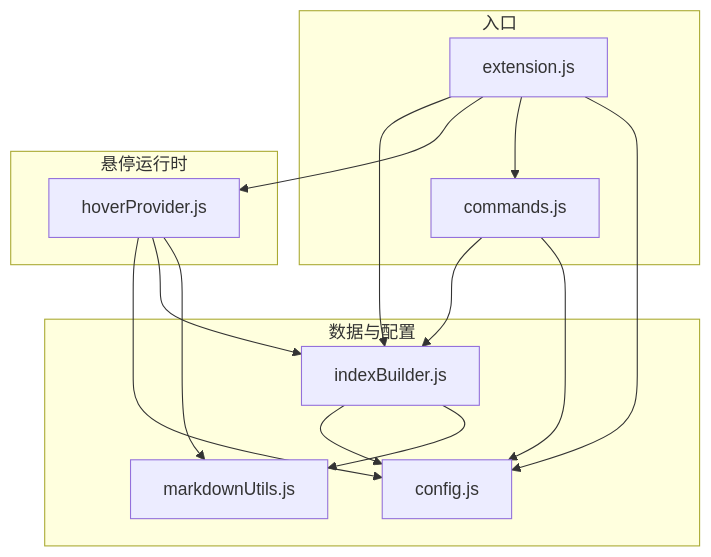
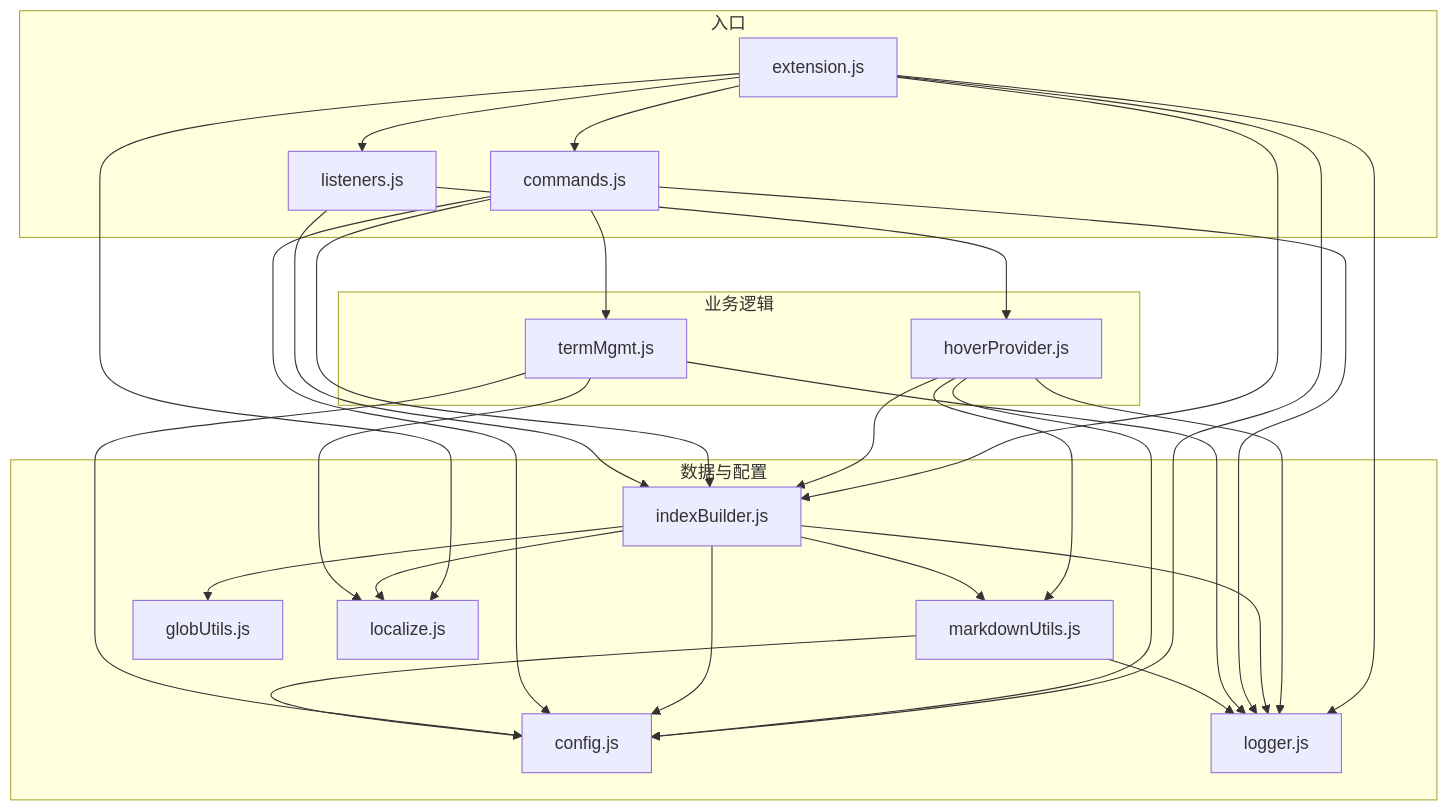
The diagram in docs/design/termMgmt.md (Ri-Tru/Writing-Assistant), drawn with Mermaid before and after one commit. The commit also changed other lines of this file and 30 other files, not shown here.

````diff
--- a/docs/design/termMgmt.md
+++ b/docs/design/termMgmt.md
@@ -25,30 +33,53 @@
 ```mermaid
 flowchart TD
     subgraph 入口
         EXT[extension.js]
         CMD[commands.js]
+        LIS[listeners.js]
     end
-    subgraph 悬停运行时
+    subgraph 业务逻辑
         HP[hoverProvider.js]
+        TM[termMgmt.js]
     end
     subgraph 数据与配置
         CFG[config.js]
         IDX[indexBuilder.js]
         MD[markdownUtils.js]
+        GL[globUtils.js]
+        LOG[logger.js]
+        LOC[localize.js]
     end
 
     EXT --> IDX
-    EXT --> HP
     EXT --> CMD
+    EXT --> LIS
     EXT --> CFG
+    EXT --> LOC
+    EXT --> LOG
 
     HP --> CFG
     HP --> IDX
     HP --> MD
+    HP --> LOG
 
     IDX --> CFG
     IDX --> MD
+    IDX --> GL
+    IDX --> LOC
+    IDX --> LOG
 
     CMD --> IDX
     CMD --> CFG
+    CMD --> TM
+    CMD --> LOG
+
+    LIS --> IDX
+    LIS --> HP
+
+    TM --> CFG
+    TM --> LOC
+    TM --> LOG
+
+    MD --> CFG
+    MD --> LOG
 ```
````
